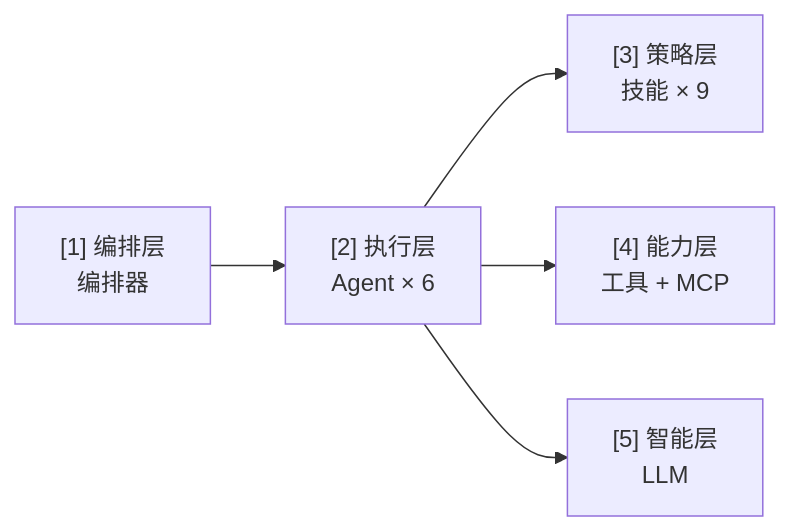
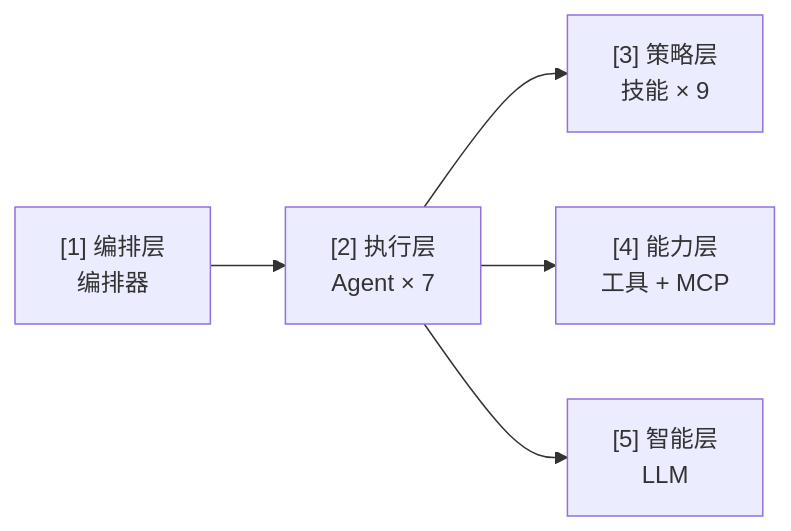
The second of 8 diagrams in docs/architecture.md (hanchaoqun/codrax), drawn with Mermaid before and after one commit. The commit also changed other lines of this file and 1 other file, not shown here.

````diff
--- a/docs/architecture.md
+++ b/docs/architecture.md
@@ -96,12 +98,12 @@
 ```mermaid
 graph LR
     L1["[1] 编排层<br/>编排器"]
-    L2["[2] 执行层<br/>Agent × 6"]
+    L2["[2] 执行层<br/>Agent × 7"]
     L3["[3] 策略层<br/>技能 × 9"]
     L4["[4] 能力层<br/>工具 + MCP"]
     L5["[5] 智能层<br/>LLM"]
 
     L1 --> L2 --> L3
     L2 --> L4
     L2 --> L5
 ```
````
